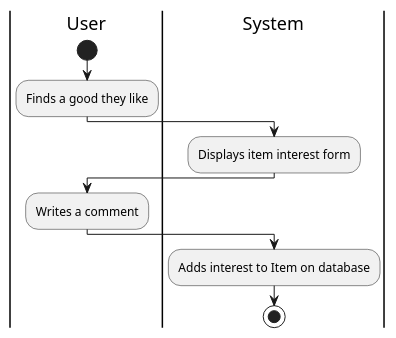
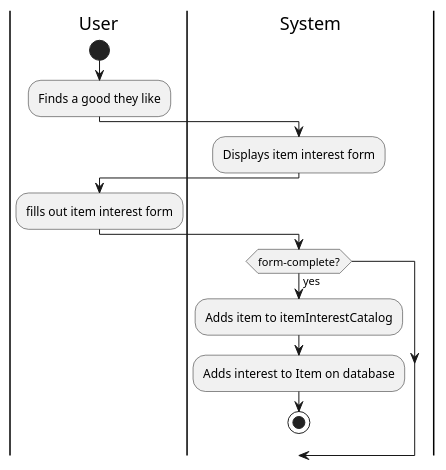
The diagram in IntelliJ/Doc/use-cases/add-interest.md (remyben-creator/Marketplace-Application), drawn with PlantUML before and after one commit. The commit also changed 7 other files, not shown here.

Commit message:
use case diagrams finalized

````diff
--- a/IntelliJ/Doc/use-cases/add-interest.md
+++ b/IntelliJ/Doc/use-cases/add-interest.md
@@ -12,14 +12,16 @@
 ```plantuml
 
 |User|
 start
 :Finds a good they like;
 |System|
 :Displays item interest form;
 |User|
-:Writes a comment;
+:fills out item interest form;
 |System|
+if (form-complete?) then (yes)
+:Adds item to itemInterestCatalog;
 :Adds interest to Item on database;
 stop
 @enduml
 ```
````
